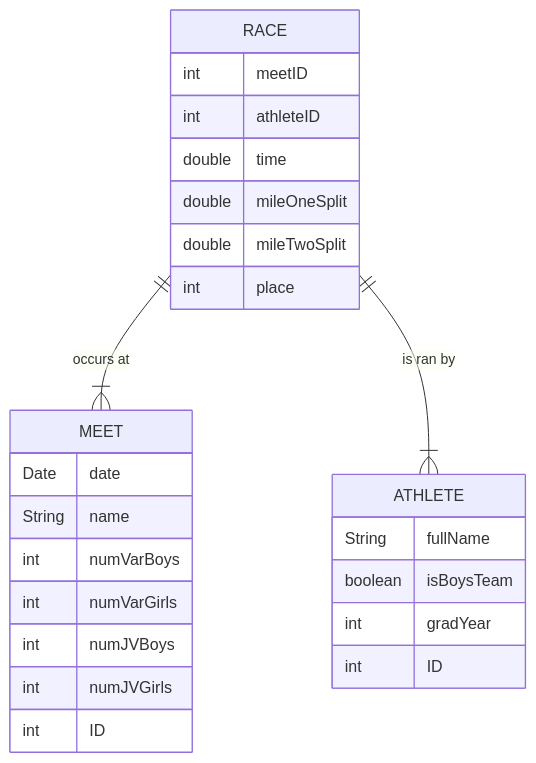
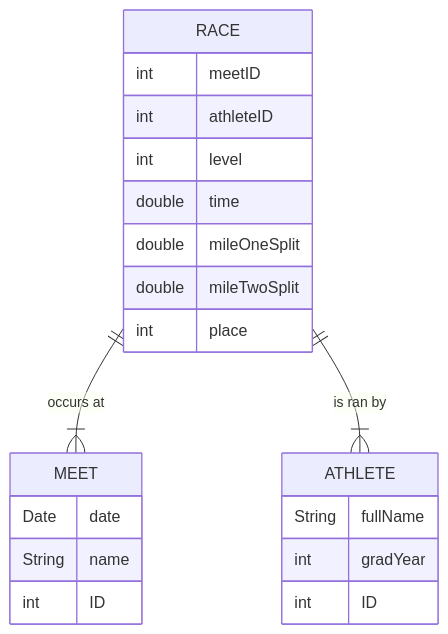
Before and after one commit to python-42/rrhs-xc-ia: the diagram in docs/Database ER.md, drawn with Mermaid. The commit also changed 2 other files, not shown here.

Commit message:
Updated UML

````diff
--- a/docs/Database ER.md
+++ b/docs/Database ER.md
@@ -1,33 +1,29 @@
 ```mermaid
 
 erDiagram
     RACE ||--|{ MEET :"occurs at"
     RACE ||--|{ ATHLETE:"is ran by"
 
     RACE {
         int meetID
         int athleteID
+        int level
         double time
         double mileOneSplit
         double mileTwoSplit
         int place
     }
 
     MEET {
         Date date
         String name
-        int numVarBoys
-        int numVarGirls
-        int numJVBoys
-        int numJVGirls
         int ID
     }
 
     ATHLETE {
         String fullName
-        boolean isBoysTeam
         int gradYear
         int ID
     }
 
 ```
````
